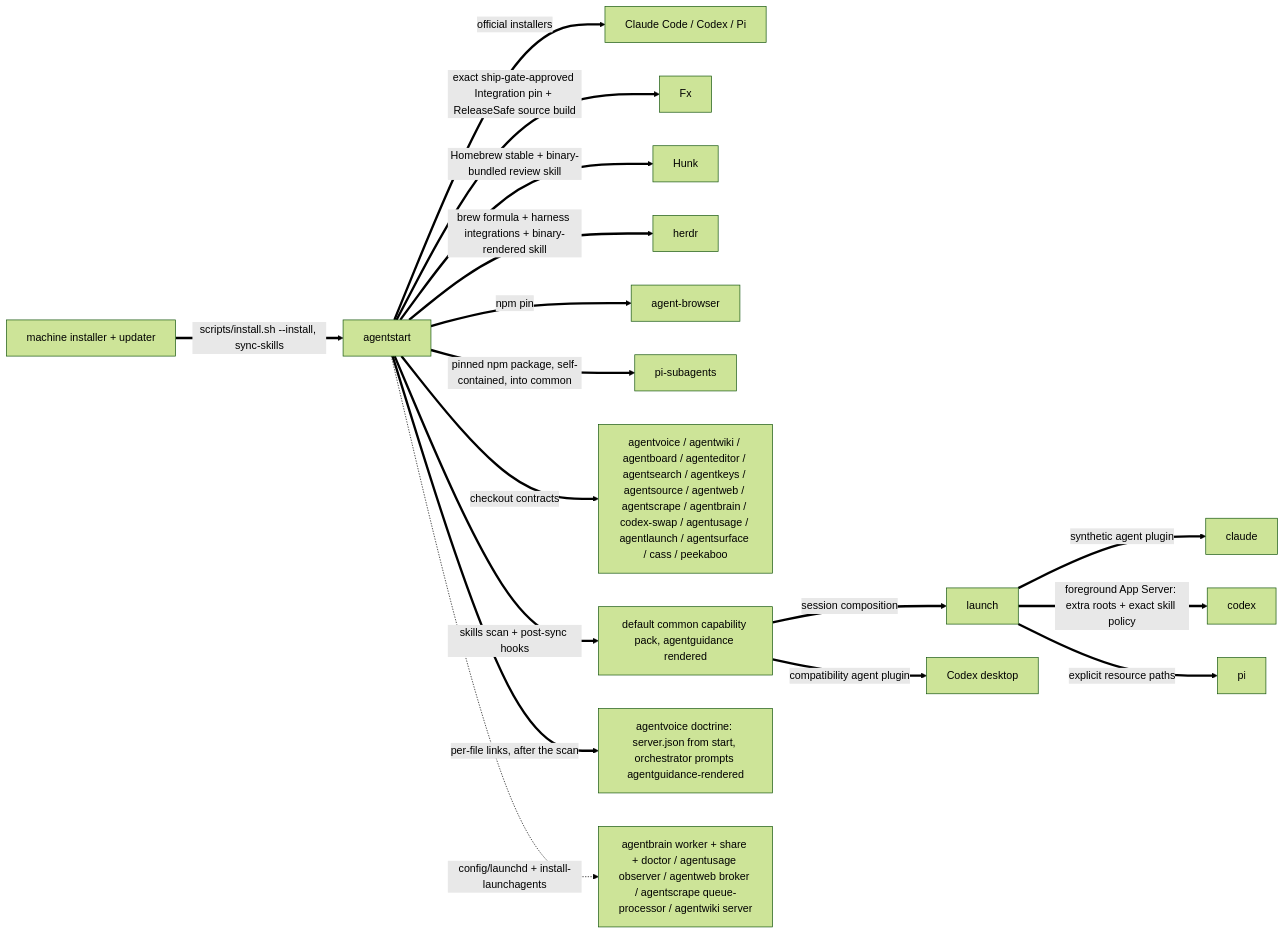
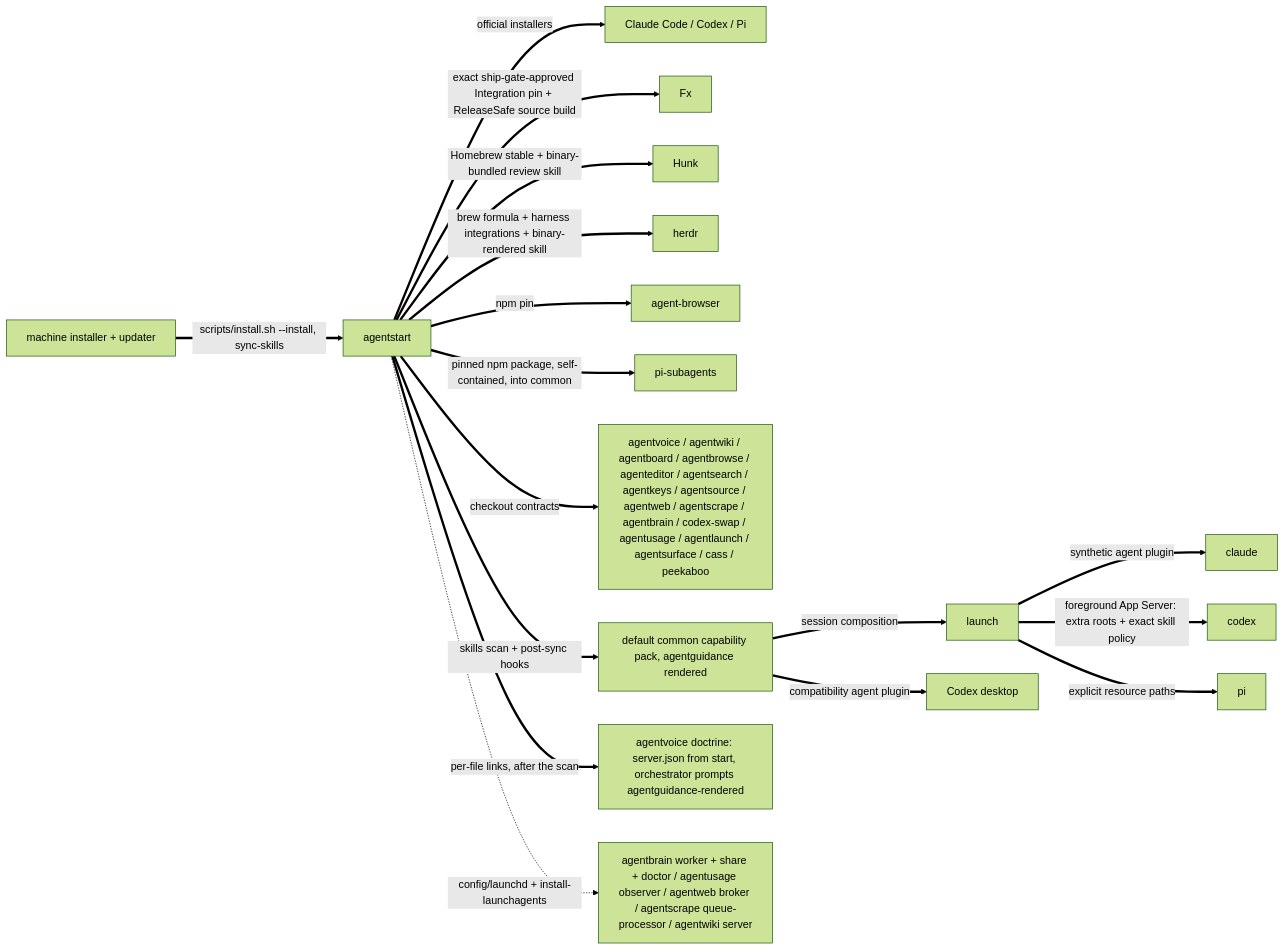
One commit to possibilities/agentstart changed the second of 3 diagrams in skills/fleet/MAP.md. Above: the diagram before and after it, drawn with Mermaid (forest theme). The commit also changed other lines of this file and 7 other files, not shown here.

````diff
--- a/skills/fleet/MAP.md
+++ b/skills/fleet/MAP.md
@@ -83,22 +85,22 @@
 ```mermaid
 flowchart LR
     machine[machine installer + updater]
     start[agentstart]
 
     machine ==>|scripts/install.sh --install, sync-skills| start
     start ==>|official installers| harnesses[Claude Code / Codex / Pi]
     start ==>|exact ship-gate-approved Integration pin + ReleaseSafe source build| fx[Fx]
     start ==>|Homebrew stable + binary-bundled review skill| hunk[Hunk]
     start ==>|brew formula + harness integrations + binary-rendered skill| herdrInstall[herdr]
     start ==>|npm pin| browser[agent-browser]
     start ==>|pinned npm package, self-contained, into common| piSubagents[pi-subagents]
-    start ==>|checkout contracts| fleet[agentvoice / agentwiki / agentboard / agenteditor / agentsearch / agentkeys / agentsource / agentweb / agentscrape / agentbrain / codex-swap / agentusage / agentlaunch / agentsurface / cass / peekaboo]
+    start ==>|checkout contracts| fleet[agentvoice / agentwiki / agentboard / agentbrowse / agenteditor / agentsearch / agentkeys / agentsource / agentweb / agentscrape / agentbrain / codex-swap / agentusage / agentlaunch / agentsurface / cass / peekaboo]
     start ==>|skills scan + post-sync hooks| skills[default common capability pack, agentguidance rendered]
     skills ==>|session composition| launch
     launch ==>|synthetic agent plugin| claude
     launch ==>|foreground App Server: extra roots + exact skill policy| codex
     launch ==>|explicit resource paths| pi
     skills ==>|compatibility agent plugin| codexDesktop[Codex desktop]
     start ==>|per-file links, after the scan| voiceDoctrine[agentvoice doctrine: server.json from start, orchestrator prompts agentguidance-rendered]
     start -.->|config/launchd + install-launchagents| services[agentbrain worker + share + doctor / agentusage observer / agentweb broker / agentscrape queue-processor / agentwiki server]
 ```
````
